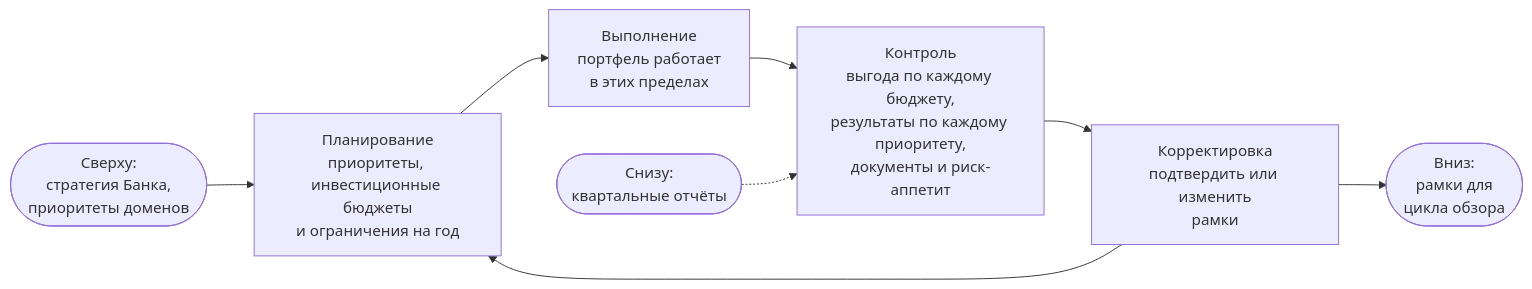
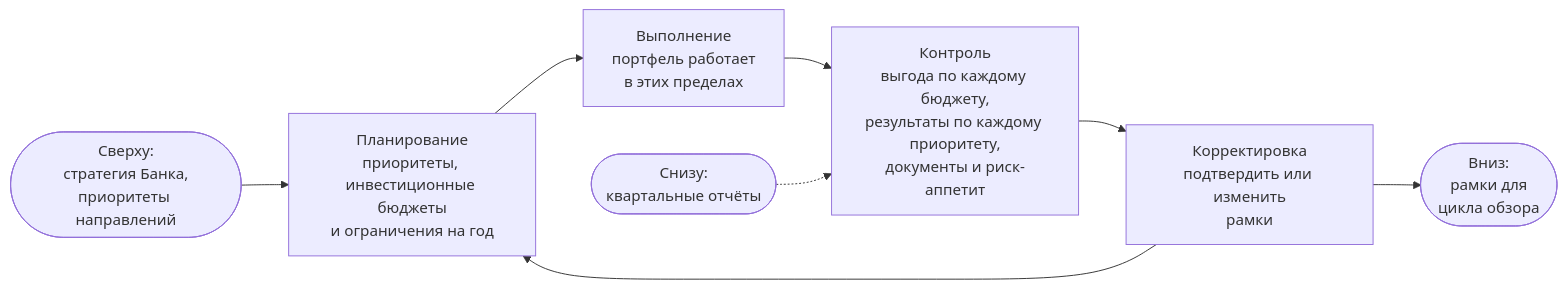
Before and after one commit to devhogu/ob-aicc: the second of 5 diagrams in portal/content/ru/portfolio/the-loops-and-governance.md, drawn with Mermaid. The commit also changed other lines of this file and 290 other files, not shown here.

First line of the commit message:
Russian edition: Domain is «направление» (владелец направления, эксперт направления); Strategic Priority 3 is «AI в работе направлений Банка»

````diff
--- a/portal/content/ru/portfolio/the-loops-and-governance.md
+++ b/portal/content/ru/portfolio/the-loops-and-governance.md
@@ -40,10 +40,10 @@
 ```mermaid
 flowchart LR
-  IN(["Сверху:<br/>стратегия Банка,<br/>приоритеты доменов"]) --> P["Планирование<br/>приоритеты, инвестиционные бюджеты<br/>и ограничения на год"]
+  IN(["Сверху:<br/>стратегия Банка,<br/>приоритеты направлений"]) --> P["Планирование<br/>приоритеты, инвестиционные бюджеты<br/>и ограничения на год"]
   P --> D["Выполнение<br/>портфель работает<br/>в этих пределах"]
   D --> C["Контроль<br/>выгода по каждому бюджету,<br/>результаты по каждому приоритету,<br/>документы и риск-аппетит"]
   C --> A["Корректировка<br/>подтвердить или изменить<br/>рамки"]
   A --> P
   EV(["Снизу:<br/>квартальные отчёты"]) -.-> C
   A --> OUT(["Вниз:<br/>рамки для<br/>цикла обзора"])
 ```
````
